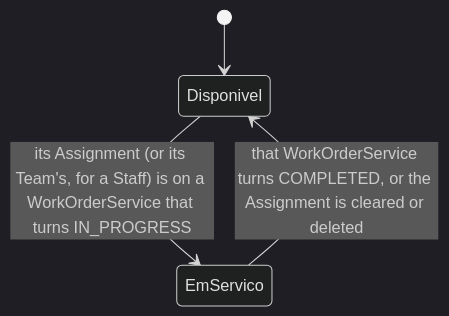
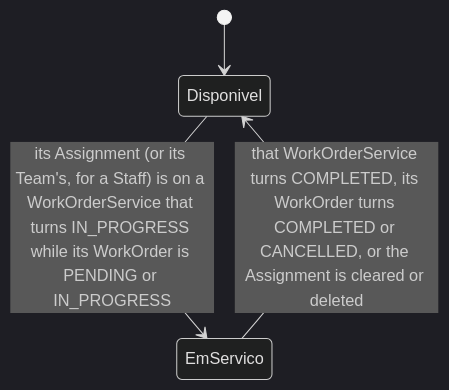
Before and after one commit to lucianotavernard/umbrielship: the third of 3 diagrams in .specs/features/workforce/plan.md, drawn with Mermaid (dark theme). The commit also changed other lines of this file and 5 other files, not shown here.

````diff
--- a/.specs/features/workforce/plan.md
+++ b/.specs/features/workforce/plan.md
@@ -98,6 +98,6 @@
 ```mermaid
 stateDiagram-v2
     [*] --> Disponivel
-    Disponivel --> EmServico : its Assignment (or its Team's, for a Staff) is on a WorkOrderService that turns IN_PROGRESS
-    EmServico --> Disponivel : that WorkOrderService turns COMPLETED, or the Assignment is cleared or deleted
+    Disponivel --> EmServico : its Assignment (or its Team's, for a Staff) is on a WorkOrderService that turns IN_PROGRESS while its WorkOrder is PENDING or IN_PROGRESS
+    EmServico --> Disponivel : that WorkOrderService turns COMPLETED, its WorkOrder turns COMPLETED or CANCELLED, or the Assignment is cleared or deleted
 ```
````
